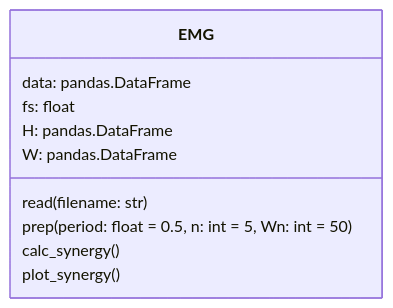
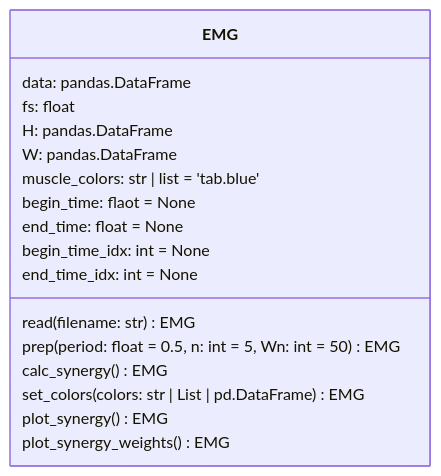
Before and after one commit to bcl-group/measurexp: the diagram in EMG.md, drawn with Mermaid. The commit also changed other lines of this file and 2 other files, not shown here.

````diff
--- a/EMG.md
+++ b/EMG.md
@@ -8,13 +8,21 @@
 ```mermaid
 classDiagram
   class EMG{
     data: pandas.DataFrame
     fs: float
     H: pandas.DataFrame
     W: pandas.DataFrame
-    read(filename: str)
-    prep(period: float = 0.5, n: int = 5, Wn: int = 50)
-    calc_synergy()
-    plot_synergy()
+    muscle_colors: str | list = 'tab.blue'
+    begin_time: flaot = None
+    end_time: float = None
+    begin_time_idx: int = None
+    end_time_idx: int = None
+
+    read(filename: str) EMG
+    prep(period: float = 0.5, n: int = 5, Wn: int = 50) EMG
+    calc_synergy() EMG
+    set_colors(colors: str | List | pd.DataFrame) EMG
+    plot_synergy() EMG
+    plot_synergy_weights() EMG
   }
 ```
````
